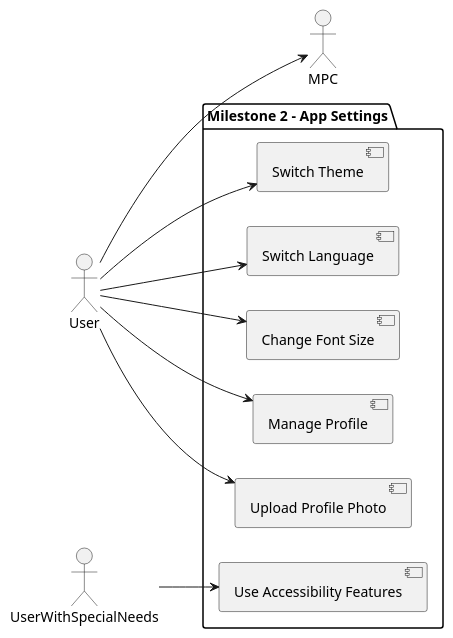
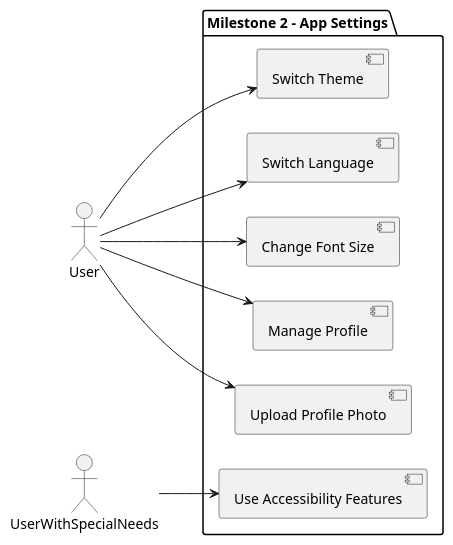
The diagram in fdd/use-case-diagram/milestone_2.puml (Windesheim-AI/UML-diagrams), drawn with PlantUML before and after one commit.

Commit message:
docs: :memo: removed more use cases

```diff
--- a/fdd/use-case-diagram/milestone_2.puml
+++ b/fdd/use-case-diagram/milestone_2.puml
@@ -1,24 +1,23 @@
 @startuml
 left to right direction
 
 actor User as U
 actor UserWithSpecialNeeds as USN
 
 package "Milestone 2 - App Settings" {
     [Switch Theme] as ST
     [Switch Language] as SL
     [Change Font Size] as CFS
     [Manage Profile] as MP
     [Upload Profile Photo] as UPP
     [Use Accessibility Features] as UAF
 }
 
 U --> ST
 U --> SL
 U --> CFS
 U --> MP
 U --> UPP
-U --> MPC
 USN --> UAF
 
 @enduml
```
